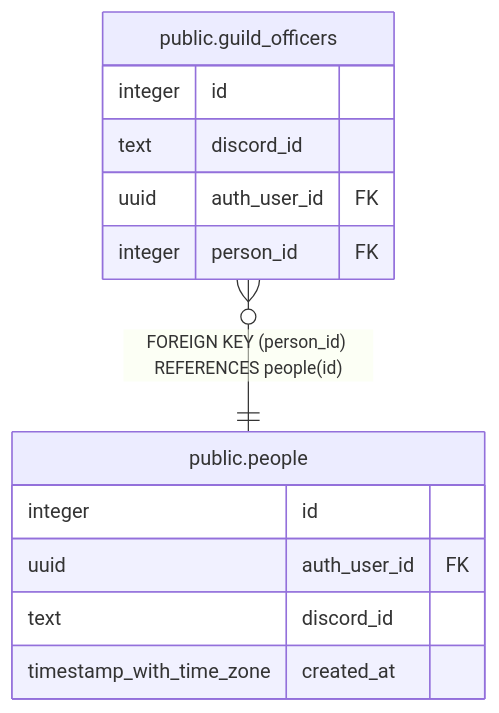
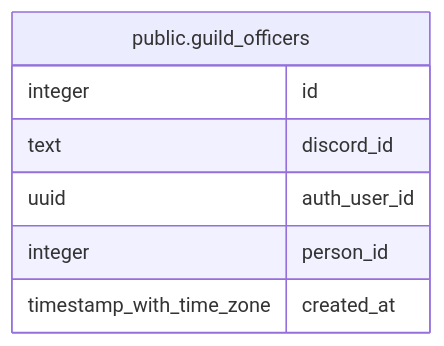
The diagram in dbdoc/public.guild_officers.md (katogaming88/WGA-Raid-Hub), drawn with Mermaid before and after one commit. The commit also changed other lines of this file and 61 other files, not shown here.

````diff
--- a/dbdoc/public.guild_officers.md
+++ b/dbdoc/public.guild_officers.md
@@ -37,18 +44,12 @@
 ```mermaid
 erDiagram
 
-"public.guild_officers" }o--|| "public.people" : "FOREIGN KEY (person_id) REFERENCES people(id)"
 
 "public.guild_officers" {
   integer id
   text discord_id
-  uuid auth_user_id FK
-  integer person_id FK
-}
-"public.people" {
-  integer id
-  uuid auth_user_id FK
-  text discord_id
+  uuid auth_user_id
+  integer person_id
   timestamp_with_time_zone created_at
 }
 ```
````
